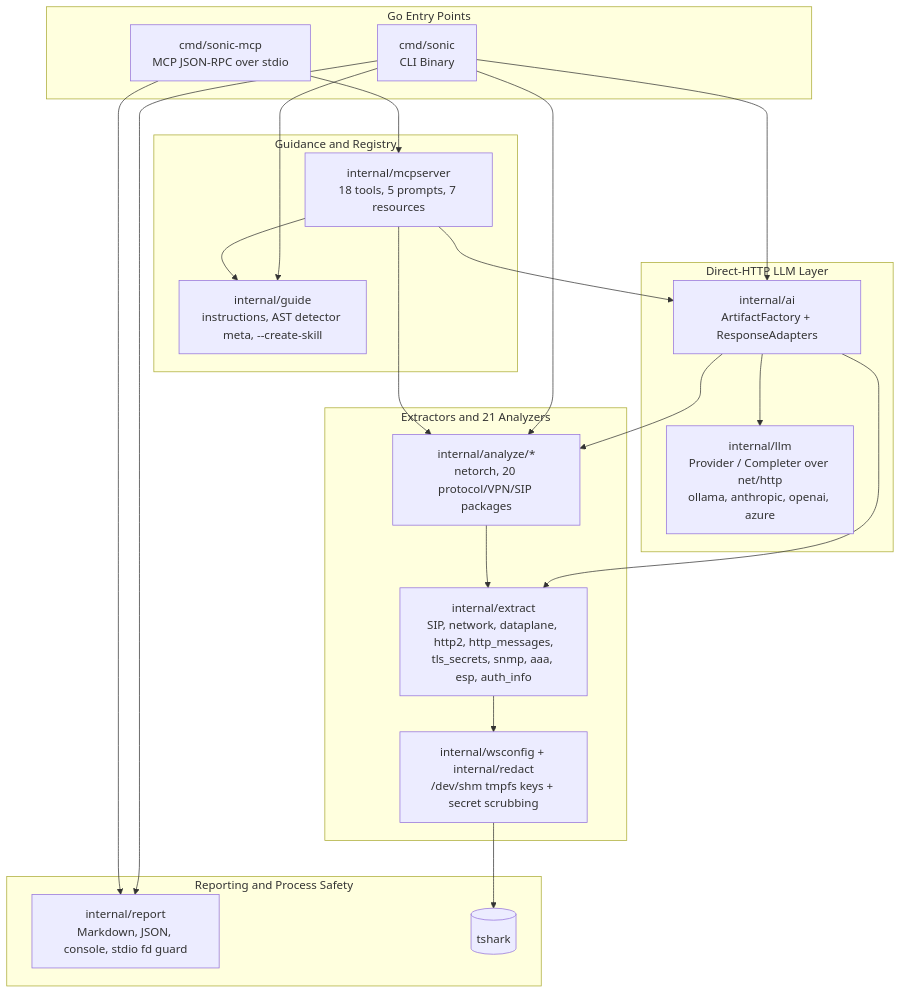
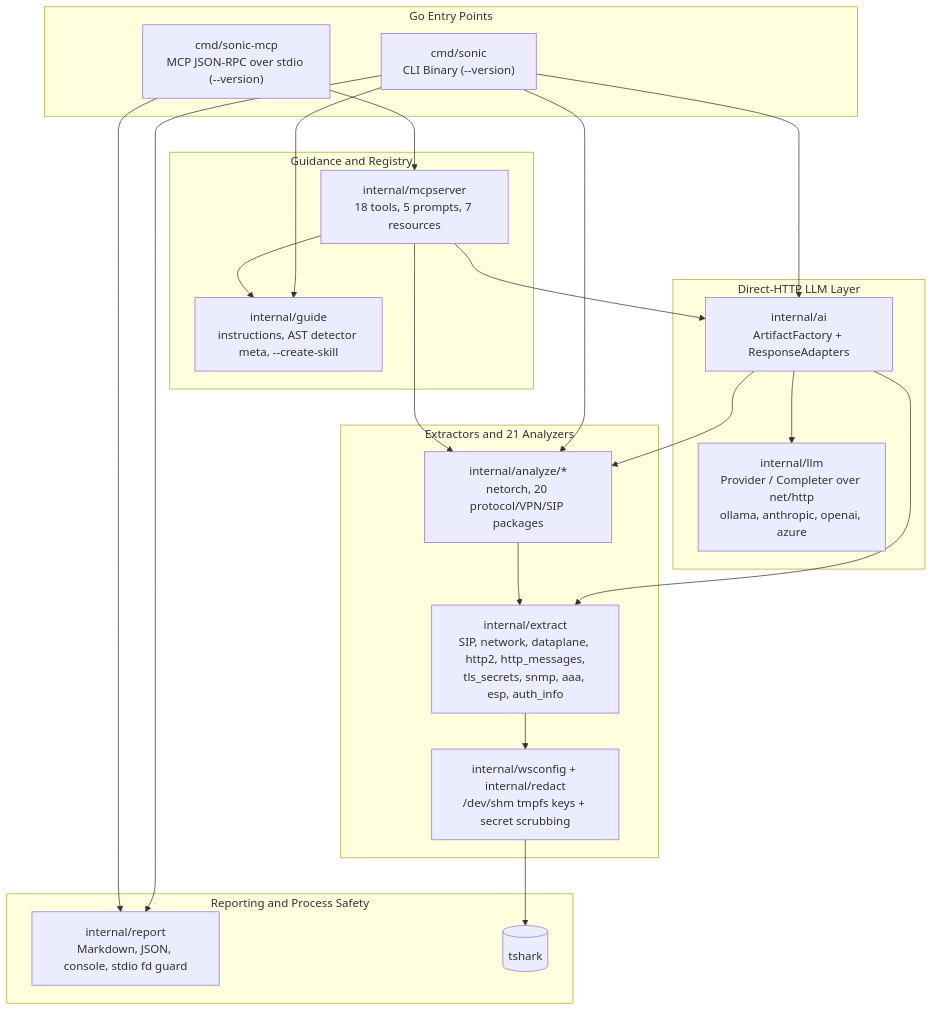
The first of 5 diagrams in docs/ARCHITECTURE.md (zombat/sonic), drawn with Mermaid before and after one commit. The commit also changed other lines of this file and 15 other files, not shown here.

````diff
--- a/docs/ARCHITECTURE.md
+++ b/docs/ARCHITECTURE.md
@@ -11,34 +9,34 @@
 ```mermaid
 flowchart TB
     subgraph Entry["Go Entry Points"]
-        CLI["cmd/sonic<br/>CLI Binary"]
-        MCP["cmd/sonic-mcp<br/>MCP JSON-RPC over stdio"]
+        CLI["cmd/sonic<br/>CLI Binary (--version)"]
+        MCP["cmd/sonic-mcp<br/>MCP JSON-RPC over stdio (--version)"]
     end
 
     subgraph Guide["Guidance and Registry"]
         MCPSRV["internal/mcpserver<br/>18 tools, 5 prompts, 7 resources"]
         GUIDE["internal/guide<br/>instructions, AST detector meta, --create-skill"]
     end
 
     subgraph AI["Direct-HTTP LLM Layer"]
         ORCH["internal/ai<br/>ArtifactFactory + ResponseAdapters"]
         LLM["internal/llm<br/>Provider / Completer over net/http<br/>ollama, anthropic, openai, azure"]
     end
 
     subgraph Core["Extractors and 21 Analyzers"]
         EXT["internal/extract<br/>SIP, network, dataplane, http2, http_messages,<br/>tls_secrets, snmp, aaa, esp, auth_info"]
         ANA["internal/analyze/*<br/>netorch, 20 protocol/VPN/SIP packages"]
         SEC["internal/wsconfig + internal/redact<br/>/dev/shm tmpfs keys + secret scrubbing"]
     end
 
     subgraph Report["Reporting and Process Safety"]
         REP["internal/report<br/>Markdown, JSON, console, stdio fd guard"]
         TSH[("tshark")]
     end
 
     CLI --> ANA & ORCH & GUIDE & REP
     MCP --> MCPSRV --> GUIDE & ANA & ORCH
     ORCH --> EXT & ANA & LLM
     ANA --> EXT --> SEC --> TSH
     MCP --> REP
 ```
````
